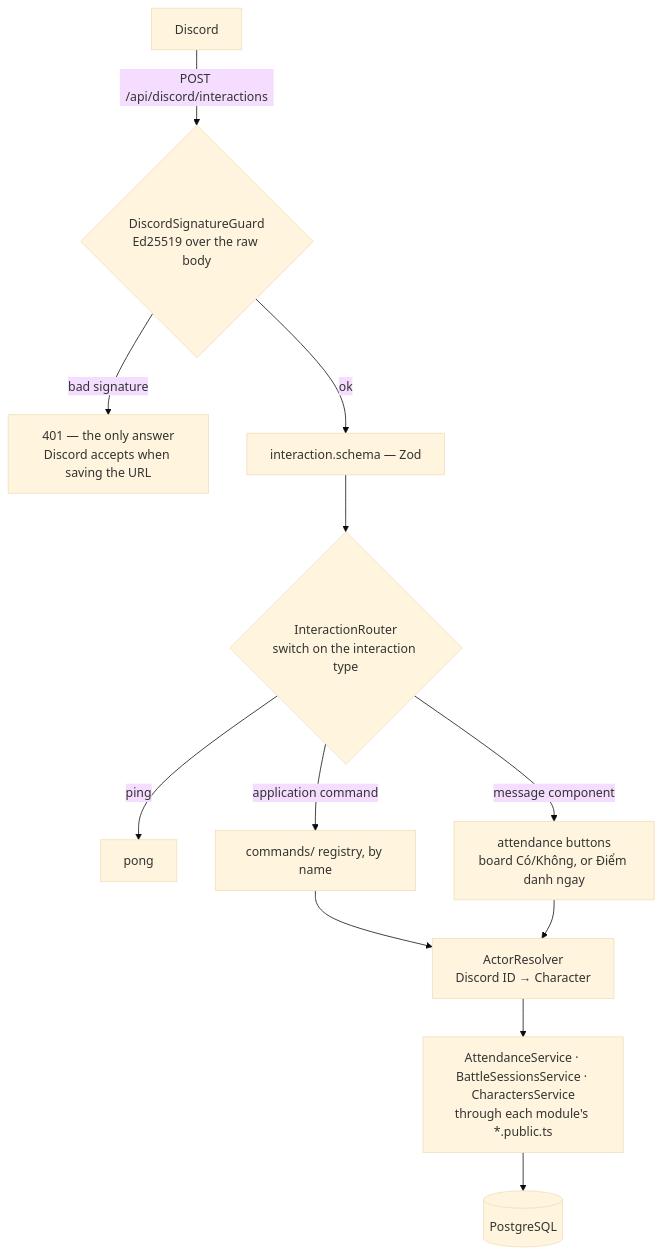
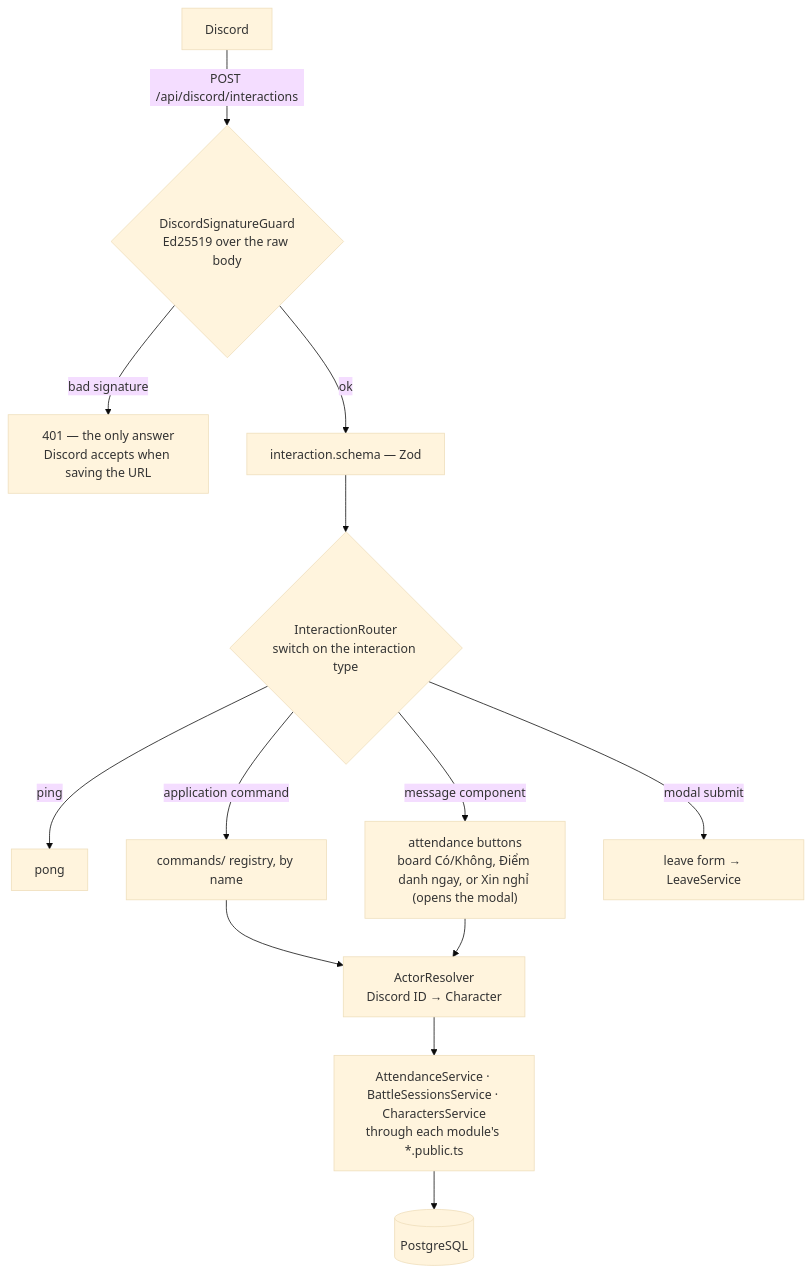
The fourth of 6 diagrams in docs/architecture.md (minhhuy1201/guild-manager), drawn with Mermaid (base theme) before and after one commit. The commit also changed other lines of this file and 89 other files, not shown here.

````diff
--- a/docs/architecture.md
+++ b/docs/architecture.md
@@ -319,14 +322,15 @@
 ```mermaid
 flowchart TB
     D["Discord"] -->|"POST /api/discord/interactions"| G{"DiscordSignatureGuard<br/>Ed25519 over the raw body"}
     G -->|"bad signature"| E["401 — the only answer<br/>Discord accepts when saving the URL"]
     G -->|"ok"| S["interaction.schema — Zod"]
     S --> R{"InteractionRouter<br/>switch on the interaction type"}
     R -->|"ping"| P["pong"]
     R -->|"application command"| C["commands/ registry, by name"]
-    R -->|"message component"| BT["attendance buttons<br/>board Có/Không, or Điểm danh ngay"]
+    R -->|"message component"| BT["attendance buttons<br/>board Có/Không, Điểm danh ngay, or Xin nghỉ (opens the modal)"]
+    R -->|"modal submit"| LV["leave form → LeaveService"]
     C --> AR["ActorResolver<br/>Discord ID → Character"]
     BT --> AR
     AR --> SVC["AttendanceService · BattleSessionsService · CharactersService<br/>through each module's *.public.ts"]
     SVC --> DB[("PostgreSQL")]
 ```
````
